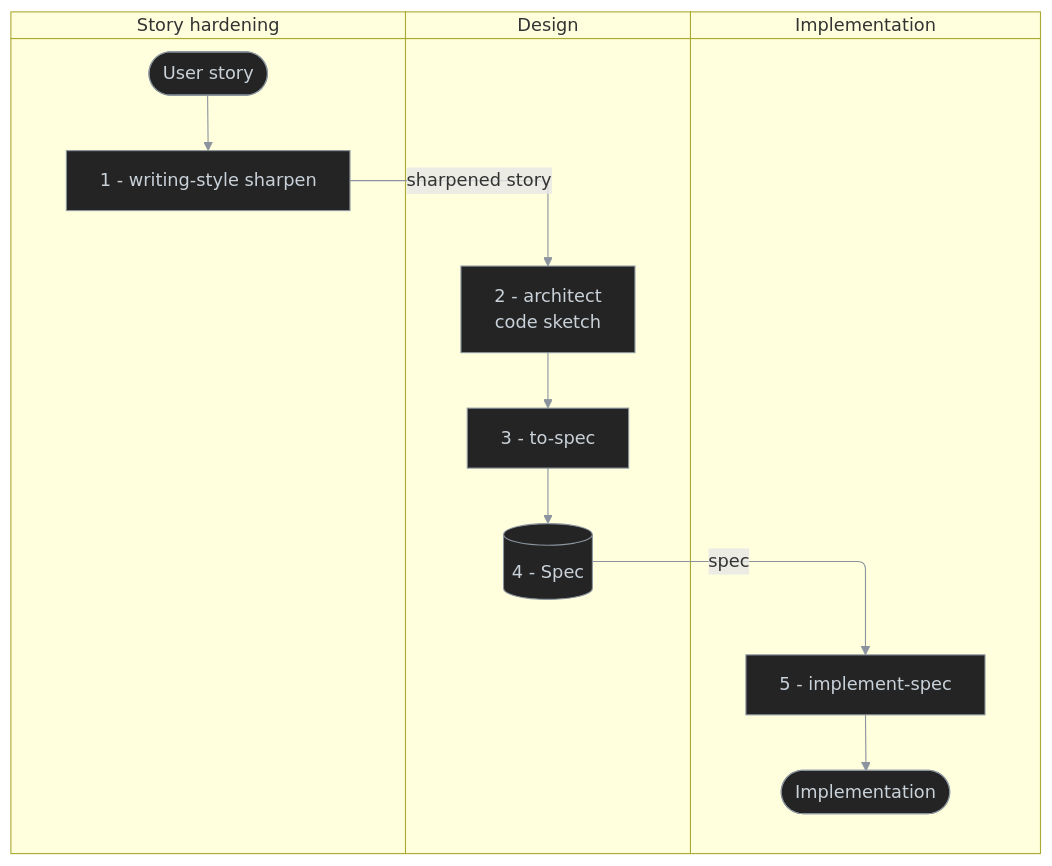
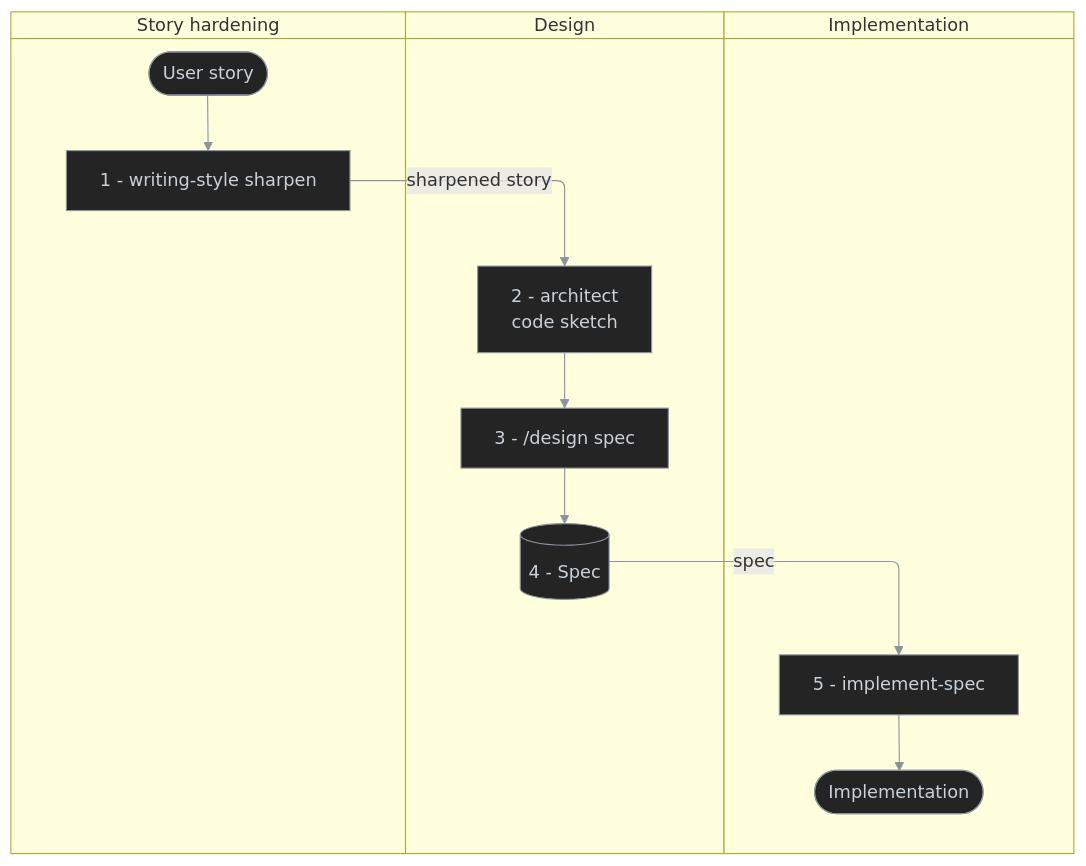
The third of 4 diagrams in plugins/wf/README.md (antshc/brain), drawn with Mermaid before and after one commit. The commit also changed other lines of this file and 48 other files, not shown here.

````diff
--- a/plugins/wf/README.md
+++ b/plugins/wf/README.md
@@ -115,27 +115,27 @@
 ```mermaid
 %%{init: {'themeVariables': {'lineColor': '#8b949e'}}}%%
 %% diagram-id: wf-story-to-implementation-swimlane
 swimlane-beta TB
   accTitle: Story to implementation responsibility
   accDescr: Shows one User story sharpened, sketched by architect, turned into a spec, and implemented by implement-spec.
 
   subgraph story [Story hardening]
     userStory([User story])
     sharpen[1 - writing-style sharpen]
   end
 
   subgraph design [Design]
     architect[2 - architect<br/>code sketch]
-    toSpec[3 - to-spec]
+    toSpec[3 - /design spec]
     spec[(4 - Spec)]
   end
 
   subgraph implementation [Implementation]
     implementSpec[5 - implement-spec]
     done([Implementation])
   end
 
   userStory --> sharpen -->|sharpened story| architect --> toSpec --> spec -->|spec| implementSpec --> done
 
   classDef default fill:#242424,stroke:#8b949e,color:#c9d1d9,stroke-width:1px
 ```
````
